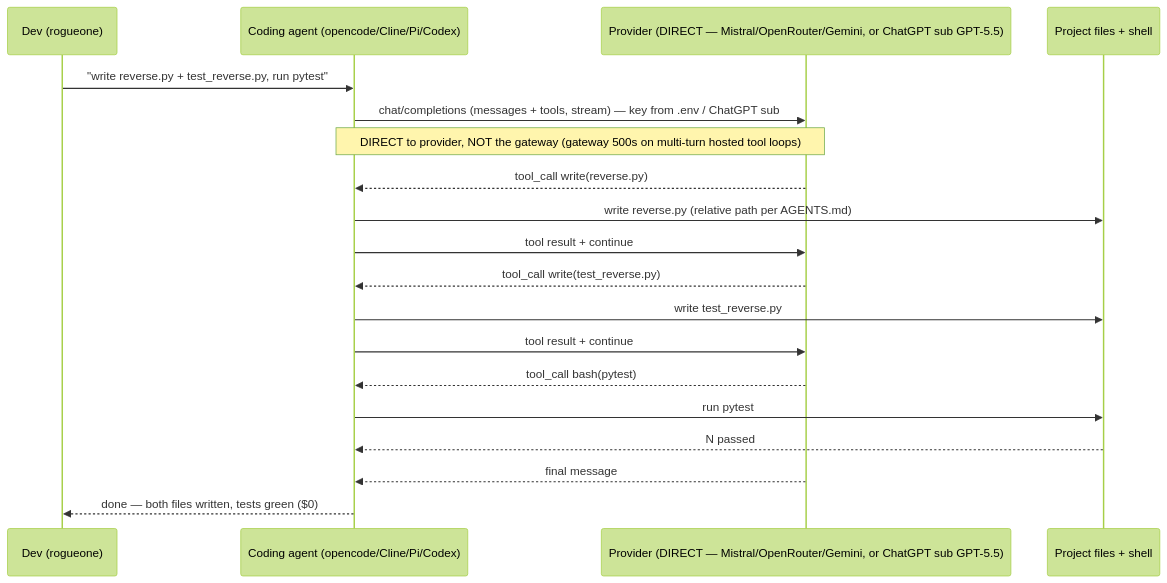
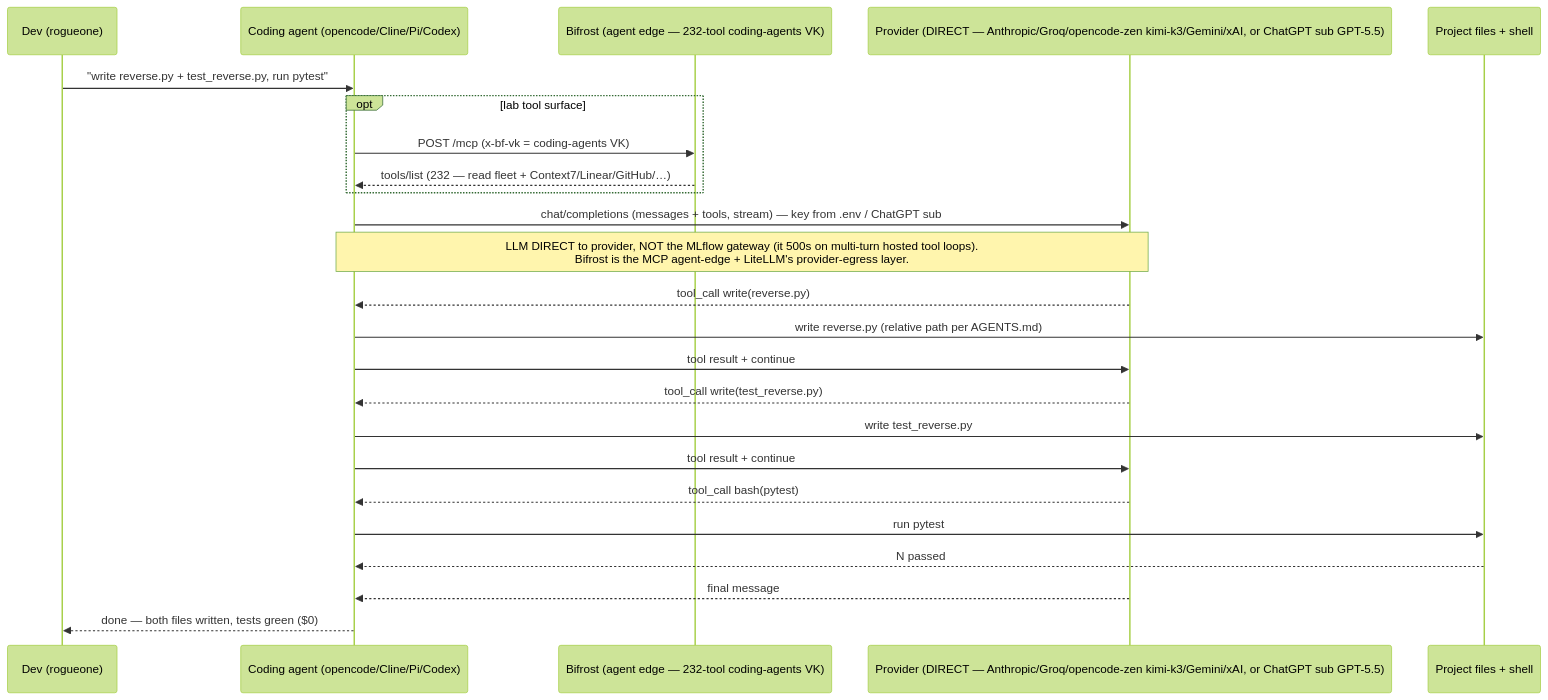
The diagram in docs/diagrams/flow-coding-agents.md (edtbl76/weyland-lab), drawn with Mermaid (forest theme) before and after one commit. The commit also changed other lines of this file and 14 other files, not shown here.

Commit message:
Route all LiteLLM hosted lanes through Bifrost for consistent provider egress, add per-VK attribution, and update diagrams and docs for new architecture.

````diff
--- a/docs/diagrams/flow-coding-agents.md
+++ b/docs/diagrams/flow-coding-agents.md
@@ -10,21 +13,26 @@
 ```mermaid
 sequenceDiagram
     participant D as Dev (rogueone)
     participant A as Coding agent (opencode/Cline/Pi/Codex)
-    participant P as Provider (DIRECT — Mistral/OpenRouter/Gemini, or ChatGPT sub GPT-5.5)
+    participant B as Bifrost (agent edge — 232-tool coding-agents VK)
+    participant P as Provider (DIRECT — Anthropic/Groq/opencode-zen kimi-k3/Gemini/xAI, or ChatGPT sub GPT-5.5)
     participant FS as Project files + shell
     D->>A: "write reverse.py + test_reverse.py, run pytest"
+    opt lab tool surface
+        A->>B: POST /mcp (x-bf-vk = coding-agents VK)
+        B-->>A: tools/list (232 — read fleet + Context7/Linear/GitHub/…)
+    end
     A->>P: chat/completions (messages + tools, stream) — key from .env / ChatGPT sub
-    Note over A,P: DIRECT to provider, NOT the gateway (gateway 500s on multi-turn hosted tool loops)
+    Note over A,P: LLM DIRECT to provider, NOT the MLflow gateway (it 500s on multi-turn hosted tool loops).<br/>Bifrost is the MCP agent-edge + LiteLLM's provider-egress layer.
     P-->>A: tool_call write(reverse.py)
     A->>FS: write reverse.py (relative path per AGENTS.md)
     A->>P: tool result + continue
     P-->>A: tool_call write(test_reverse.py)
     A->>FS: write test_reverse.py
     A->>P: tool result + continue
     P-->>A: tool_call bash(pytest)
     A->>FS: run pytest
     FS-->>A: N passed
     P-->>A: final message
     A-->>D: done — both files written, tests green ($0)
 ```
````
